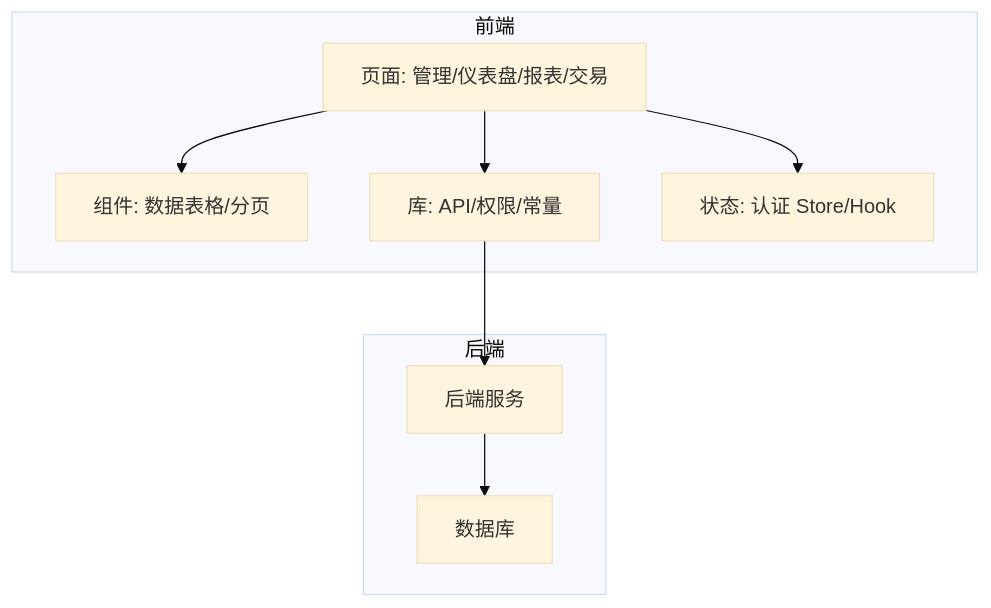
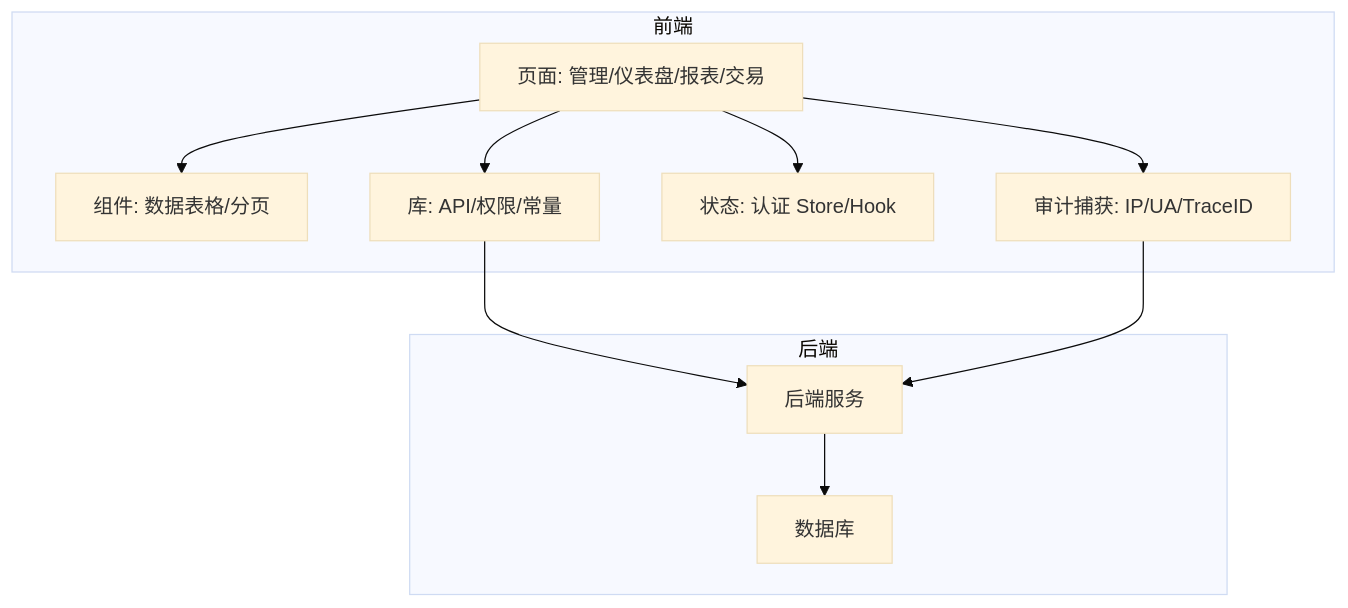
The second of 6 diagrams in .qoder/repowiki/zh/content/核心模块/审计日志系统.md (Damao997/newproject), drawn with Mermaid (base theme) before and after one commit. The commit also changed other lines of this file and 26 other files, not shown here.

````diff
--- a/.qoder/repowiki/zh/content/核心模块/审计日志系统.md
+++ b/.qoder/repowiki/zh/content/核心模块/审计日志系统.md
@@ -110,18 +117,21 @@
 ```mermaid
 graph TB
 subgraph "前端"
 P1["页面: 管理/仪表盘/报表/交易"]
 C1["组件: 数据表格/分页"]
 L1["库: API/权限/常量"]
 S1["状态: 认证 Store/Hook"]
+A1["审计捕获: IP/UA/TraceID"]
 end
 subgraph "后端"
 BE["后端服务"]
 DB["数据库"]
 end
 P1 --> C1
 P1 --> L1
 P1 --> S1
+P1 --> A1
 L1 --> BE
 BE --> DB
+A1 --> BE
 ```
````
